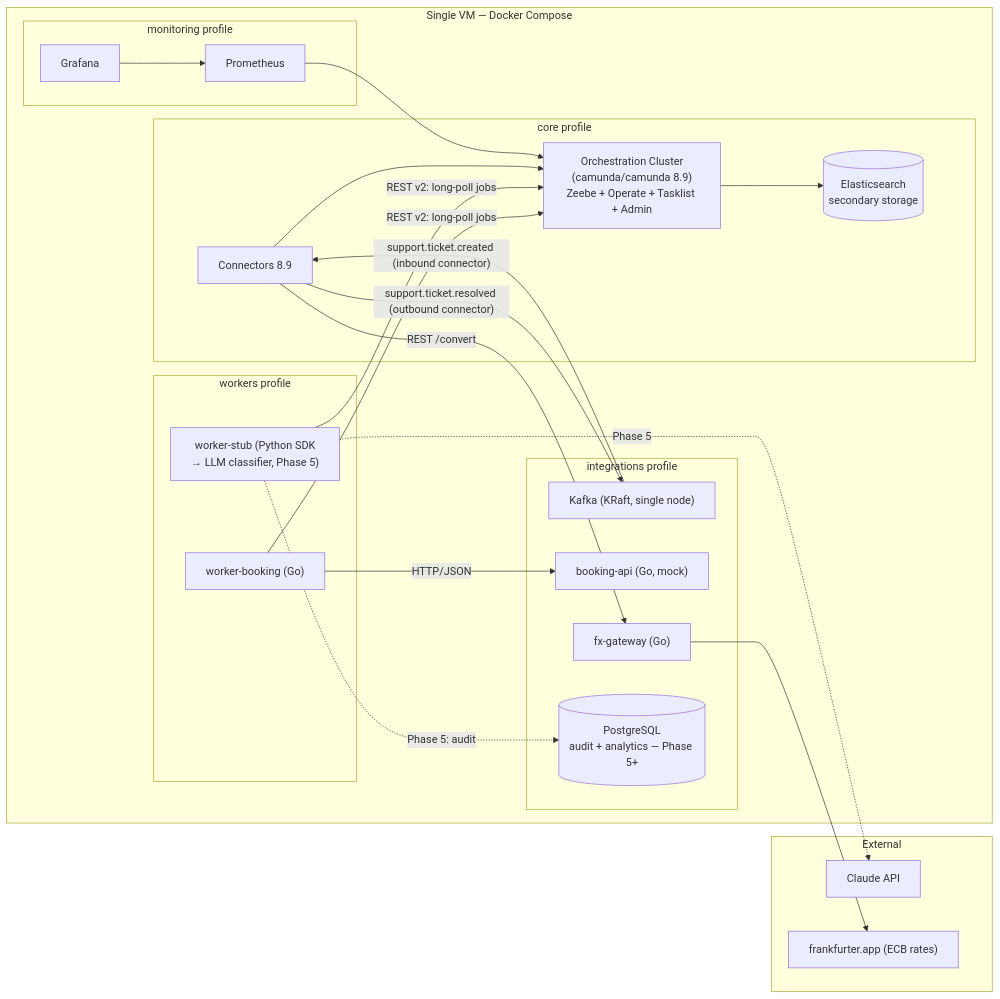
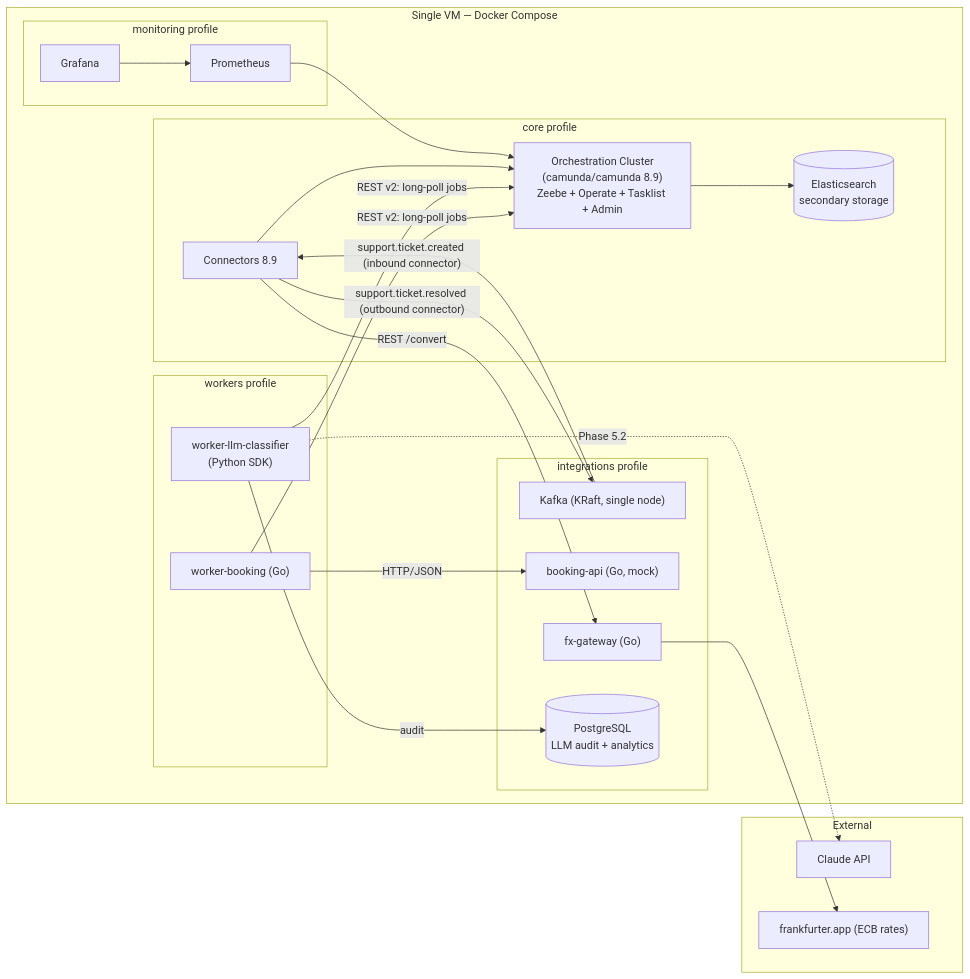
The diagram in README.md (DigitLock/camunda-support-automation), drawn with Mermaid before and after one commit. The commit also changed other lines of this file and 26 other files, not shown here.

Commit message:
phase 5.1: postgres audit + llm-classifier skeleton

````diff
--- a/README.md
+++ b/README.md
@@ -39,43 +39,43 @@
 ```mermaid
 flowchart LR
     subgraph external["External"]
         claude["Claude API"]
         ecb["frankfurter.app (ECB rates)"]
     end
 
     subgraph vm["Single VM — Docker Compose"]
         subgraph core["core profile"]
             camunda["Orchestration Cluster<br/>(camunda/camunda 8.9)<br/>Zeebe + Operate + Tasklist + Admin"]
             connectors["Connectors 8.9"]
             es[("Elasticsearch<br/>secondary storage")]
         end
         subgraph integrations["integrations profile"]
             kafka["Kafka (KRaft, single node)"]
             bookingapi["booking-api (Go, mock)"]
             fxgw["fx-gateway (Go)"]
-            pg[("PostgreSQL<br/>audit + analytics — Phase 5+")]
+            pg[("PostgreSQL<br/>LLM audit + analytics")]
         end
         subgraph workers["workers profile"]
             wbooking["worker-booking (Go)"]
-            wstub["worker-stub (Python SDK<br/>→ LLM classifier, Phase 5)"]
+            wclassifier["worker-llm-classifier<br/>(Python SDK)"]
         end
         subgraph monitoring["monitoring profile"]
             prom["Prometheus"]
             graf["Grafana"]
         end
     end
 
     kafka -- "support.ticket.created (inbound connector)" --> connectors
     connectors -- "support.ticket.resolved (outbound connector)" --> kafka
     connectors -- "REST /convert" --> fxgw
     fxgw --> ecb
     wbooking -- "REST v2: long-poll jobs" --> camunda
     wbooking -- "HTTP/JSON" --> bookingapi
-    wstub -- "REST v2: long-poll jobs" --> camunda
-    wstub -. "Phase 5" .-> claude
-    wstub -. "Phase 5: audit" .-> pg
+    wclassifier -- "REST v2: long-poll jobs" --> camunda
+    wclassifier -. "Phase 5.2" .-> claude
+    wclassifier -- "audit" --> pg
     camunda --> es
     connectors --> camunda
     prom --> camunda
     graf --> prom
 ```
````
